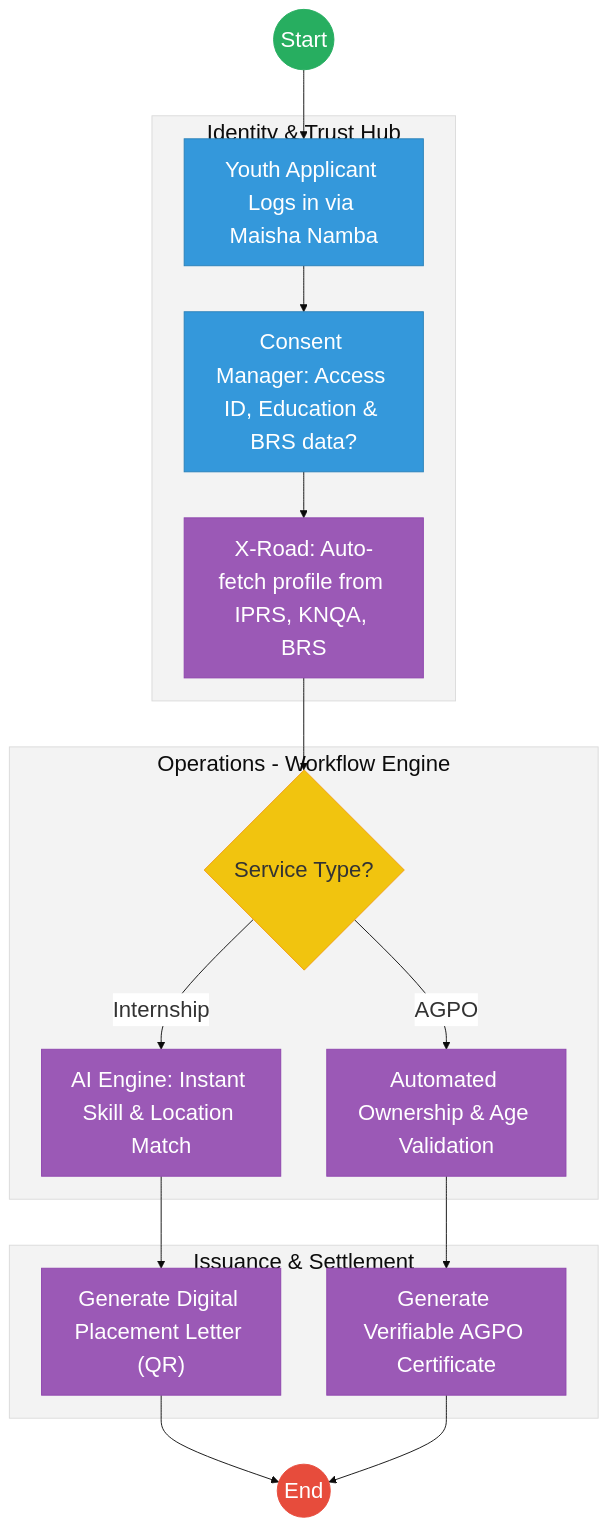
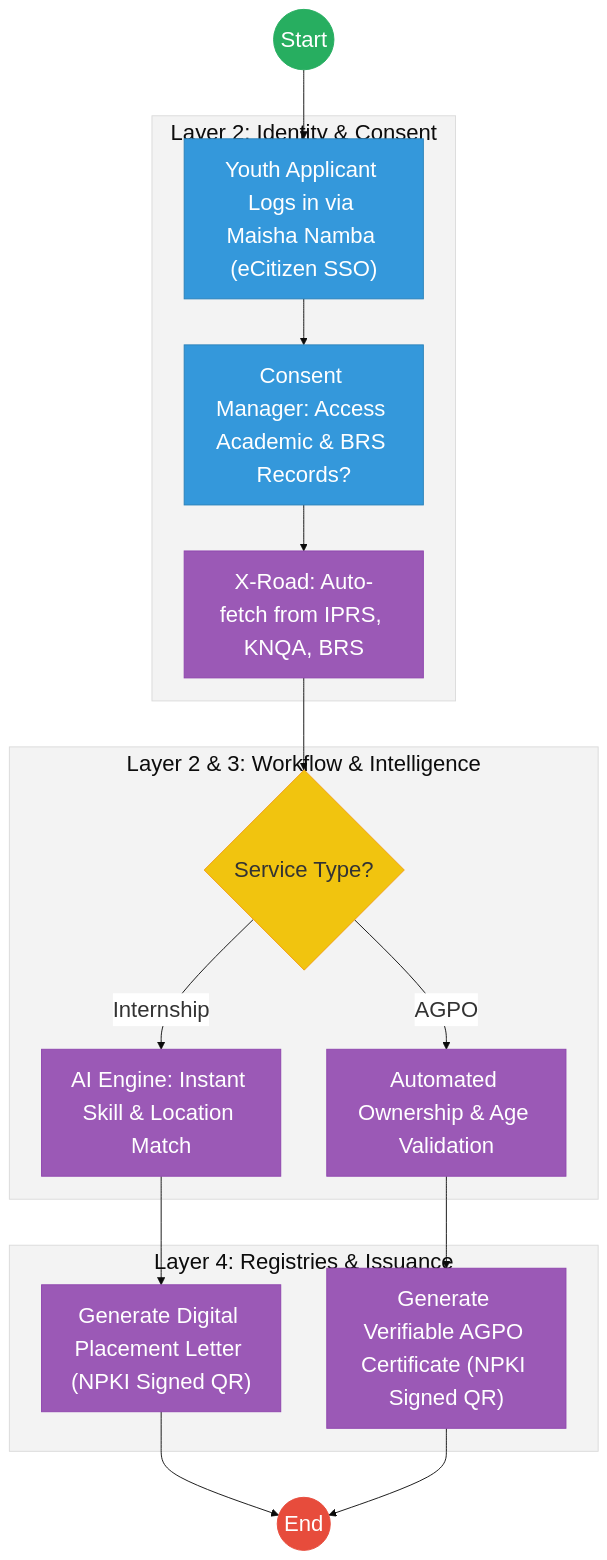
One commit to BITZ-IT-Consulting-LTD/ictapoc changed the diagram in mdas/docs_final/priority_mdas/Youth_Affairs___Service_Delivery.md. Above: the diagram before and after it, drawn with Mermaid. The commit also changed other lines of this file and 19 other files, not shown here.

````diff
--- a/mdas/docs_final/priority_mdas/Youth_Affairs___Service_Delivery.md
+++ b/mdas/docs_final/priority_mdas/Youth_Affairs___Service_Delivery.md
@@ -120,36 +152,36 @@
 ```mermaid
 %%{init: { 'theme': 'base', 'themeVariables': { 'fontSize': '24px', 'fontFamily': 'Inter, system-ui, sans-serif', 'primaryColor': '#ffffff', 'edgeLabelBackground':'#ffffff', 'tertiaryColor': '#f3f3f3', 'mainBkg': '#ffffff', 'nodeBorder': '#333333' } } }%%
 graph TD
-    Start((Start)) --> Portal["Youth Applicant Logs in via Maisha Namba"]
+    Start((Start)) --> Portal["Youth Applicant Logs in via Maisha Namba (eCitizen SSO)"]
     
-    subgraph Layer2["Identity & Trust Hub"]
-        Portal --> Consent["Consent Manager: Access ID, Education & BRS data?"]
-        Consent --> XRoad["X-Road: Auto-fetch profile from IPRS, KNQA, BRS"]
+    subgraph Trust_Hub["Layer 2: Identity & Consent"]
+        Portal --> Consent["Consent Manager: Access Academic & BRS Records?"]
+        Consent --> XRoad["X-Road: Auto-fetch from IPRS, KNQA, BRS"]
     end
     
-    subgraph Layer3["Operations - Workflow Engine"]
+    subgraph Operations["Layer 2 & 3: Workflow & Intelligence"]
         XRoad --> Type{"Service Type?"}
-        
         Type -- "Internship" --> Match["AI Engine: Instant Skill & Location Match"]
         Type -- "AGPO" --> Vetting["Automated Ownership & Age Validation"]
     end
     
-    subgraph Layer4["Issuance & Settlement"]
-        Match --> Letter["Generate Digital Placement Letter (QR)"]
-        Vetting --> Cert["Generate Verifiable AGPO Certificate"]
+    subgraph Settlement["Layer 4: Registries & Issuance"]
+        Match --> Letter["Generate Digital Placement Letter (NPKI Signed QR)"]
+        Vetting --> Cert["Generate Verifiable AGPO Certificate (NPKI Signed QR)"]
     end
     
     Letter --> End((End))
     Cert --> End
 
-    classDef start fill:#27ae60,stroke:#27ae60,color:#fff,font-size:24px,font-size:24px;;
-    classDef endNode fill:#e74c3c,stroke:#e74c3c,color:#fff,font-size:24px,font-size:24px;;
-    classDef userTask fill:#3498db,stroke:#2980b9,color:#fff,font-size:24px,font-size:24px;;
-    classDef serviceTask fill:#9b59b6,stroke:#8e44ad,color:#fff,font-size:24px,font-size:24px;;
-    classDef gateway fill:#f1c40f,stroke:#f39c12,color:#333,font-size:24px,font-size:24px;;
+    classDef start fill:#27ae60,stroke:#27ae60,color:#fff,font-size:24px;;
+    classDef endNode fill:#e74c3c,stroke:#e74c3c,color:#fff,font-size:24px;;
+    classDef userTask fill:#3498db,stroke:#2980b9,color:#fff,font-size:24px;;
+    classDef serviceTask fill:#9b59b6,stroke:#8e44ad,color:#fff,font-size:24px;;
+    classDef gateway fill:#f1c40f,stroke:#f39c12,color:#333,font-size:24px;;
+    
     class Start start;
     class End endNode;
     class Type gateway;
     class Portal,Consent userTask;
     class XRoad,Match,Vetting,Letter,Cert serviceTask;
 ```
````
